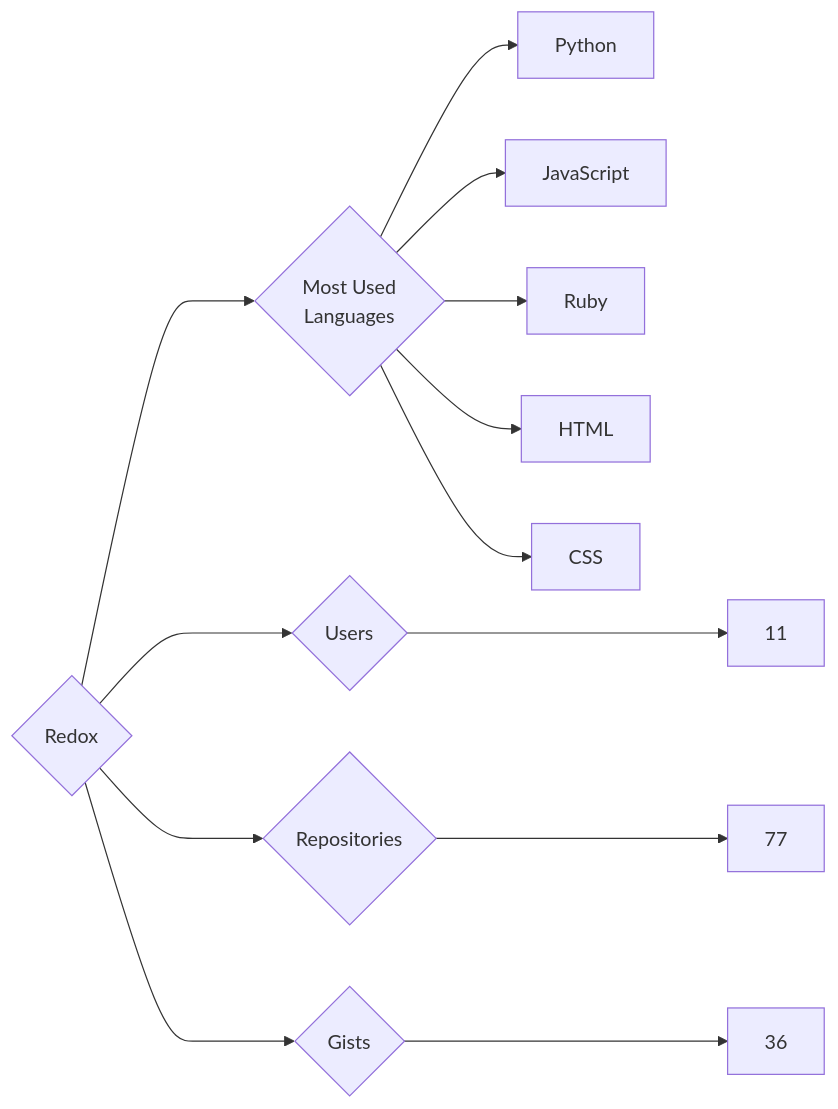
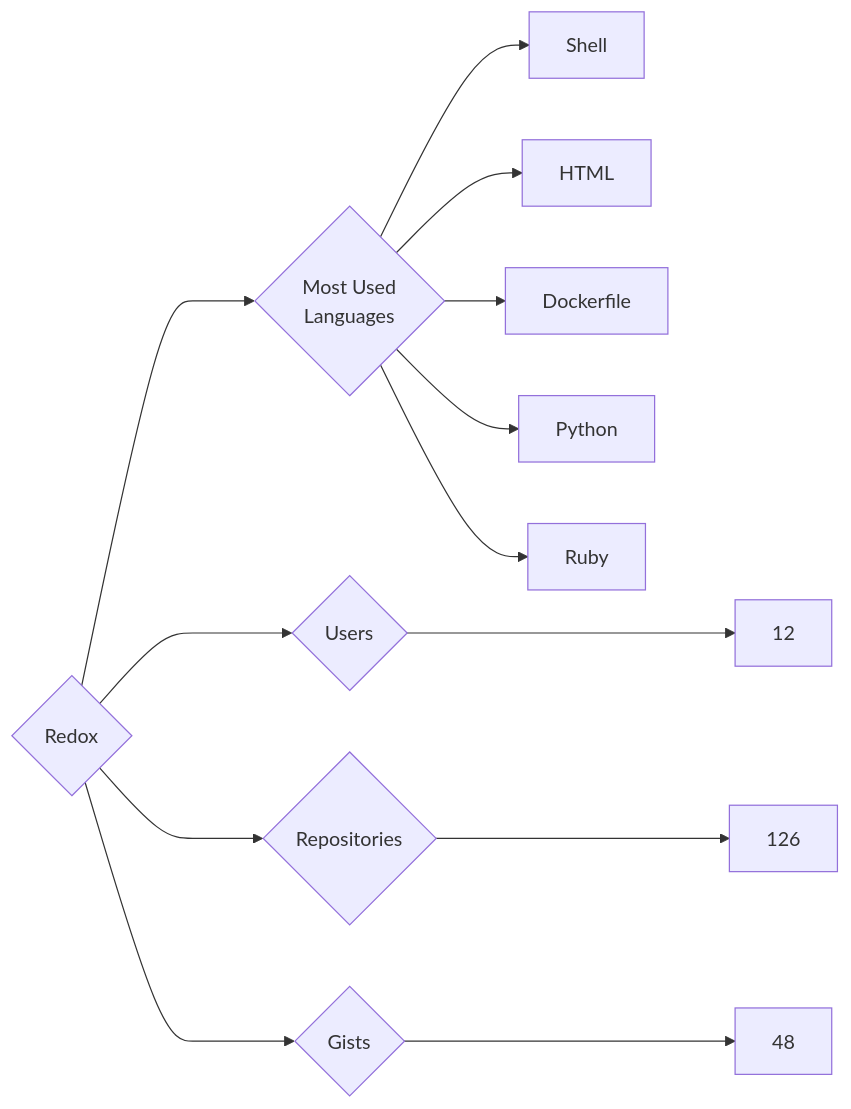
One commit to trickest/insiders changed the diagram in targets/Redox/README.md. Above: the diagram before and after it, drawn with Mermaid. The commit also changed 898 other files, not shown here.

````diff
--- a/targets/Redox/README.md
+++ b/targets/Redox/README.md
@@ -3,13 +3,13 @@
 ```mermaid
 graph LR
 COMPANY_NAME{Redox}
-COMPANY_NAME ---> U{Users} ---> UN[11]
-COMPANY_NAME ---> R{Repositories} ---> RN[77]
-COMPANY_NAME ---> G{Gists} ---> GN[36]
+COMPANY_NAME ---> U{Users} ---> UN[12]
+COMPANY_NAME ---> R{Repositories} ---> RN[126]
+COMPANY_NAME ---> G{Gists} ---> GN[48]
 COMPANY_NAME ---> ML{Most Used<br>Languages}
+ML --> Shell[Shell]
+ML --> HTML[HTML]
+ML --> Dockerfile[Dockerfile]
 ML --> Python[Python]
-ML --> JavaScript[JavaScript]
 ML --> Ruby[Ruby]
-ML --> HTML[HTML]
-ML --> CSS[CSS]
 ```
````
